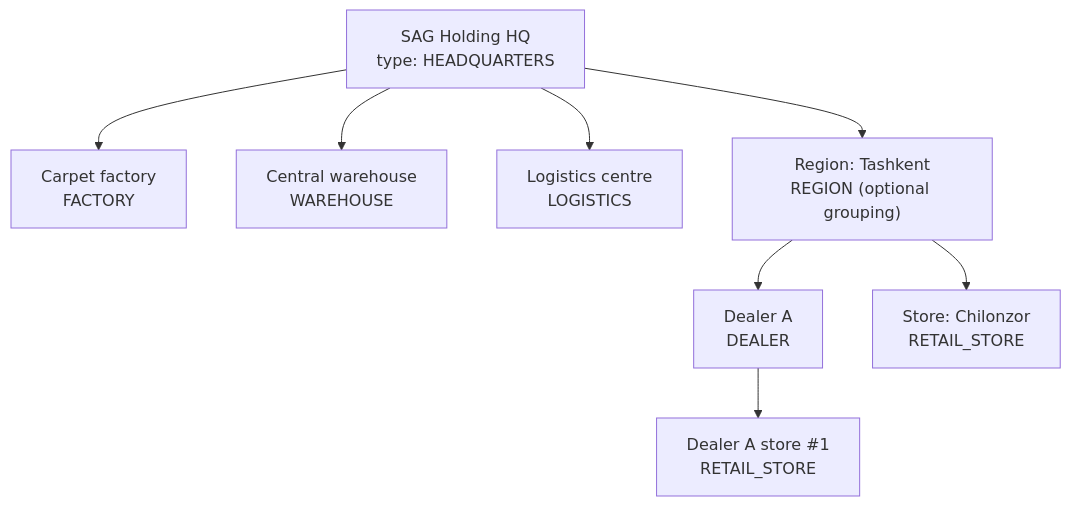
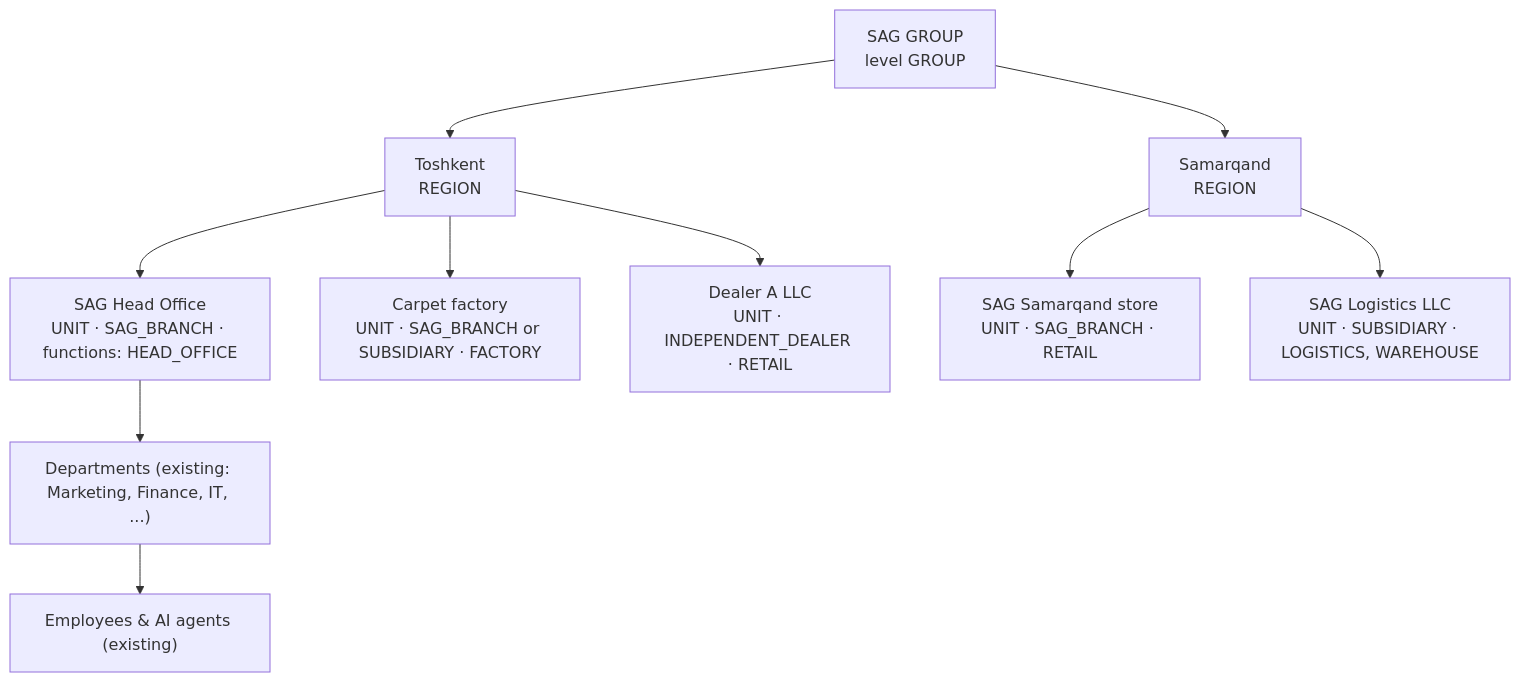
One commit to iwyoqar/sag-ai-office changed the second of 6 diagrams in docs/SAG_WORLD_ARCHITECTURE.md. Above: the diagram before and after it, drawn with Mermaid. The commit also changed other lines of this file and 5 other files, not shown here.

````diff
--- a/docs/SAG_WORLD_ARCHITECTURE.md
+++ b/docs/SAG_WORLD_ARCHITECTURE.md
@@ -64,11 +74,13 @@
 ```mermaid
 flowchart TD
-  HQ["SAG Holding HQ<br/>type: HEADQUARTERS"]
-  HQ --> F1["Carpet factory<br/>FACTORY"]
-  HQ --> W1["Central warehouse<br/>WAREHOUSE"]
-  HQ --> L1["Logistics centre<br/>LOGISTICS"]
-  HQ --> R1["Region: Tashkent<br/>REGION (optional grouping)"]
-  R1 --> D1["Dealer A<br/>DEALER"]
-  R1 --> S1["Store: Chilonzor<br/>RETAIL_STORE"]
-  D1 --> S2["Dealer A store #1<br/>RETAIL_STORE"]
+  G["SAG GROUP<br/>level GROUP"]
+  G --> RT["Toshkent<br/>REGION"]
+  G --> RS["Samarqand<br/>REGION"]
+  RT --> HO["SAG Head Office<br/>UNIT · SAG_BRANCH · functions: HEAD_OFFICE"]
+  RT --> F["Carpet factory<br/>UNIT · SAG_BRANCH or SUBSIDIARY · FACTORY"]
+  RT --> D1["Dealer A LLC<br/>UNIT · INDEPENDENT_DEALER · RETAIL"]
+  RS --> S1["SAG Samarqand store<br/>UNIT · SAG_BRANCH · RETAIL"]
+  RS --> SUB["SAG Logistics LLC<br/>UNIT · SUBSIDIARY · LOGISTICS, WAREHOUSE"]
+  HO --> DEP["Departments (existing: Marketing, Finance, IT, ...)"]
+  DEP --> P["Employees & AI agents (existing)"]
 ```
````
